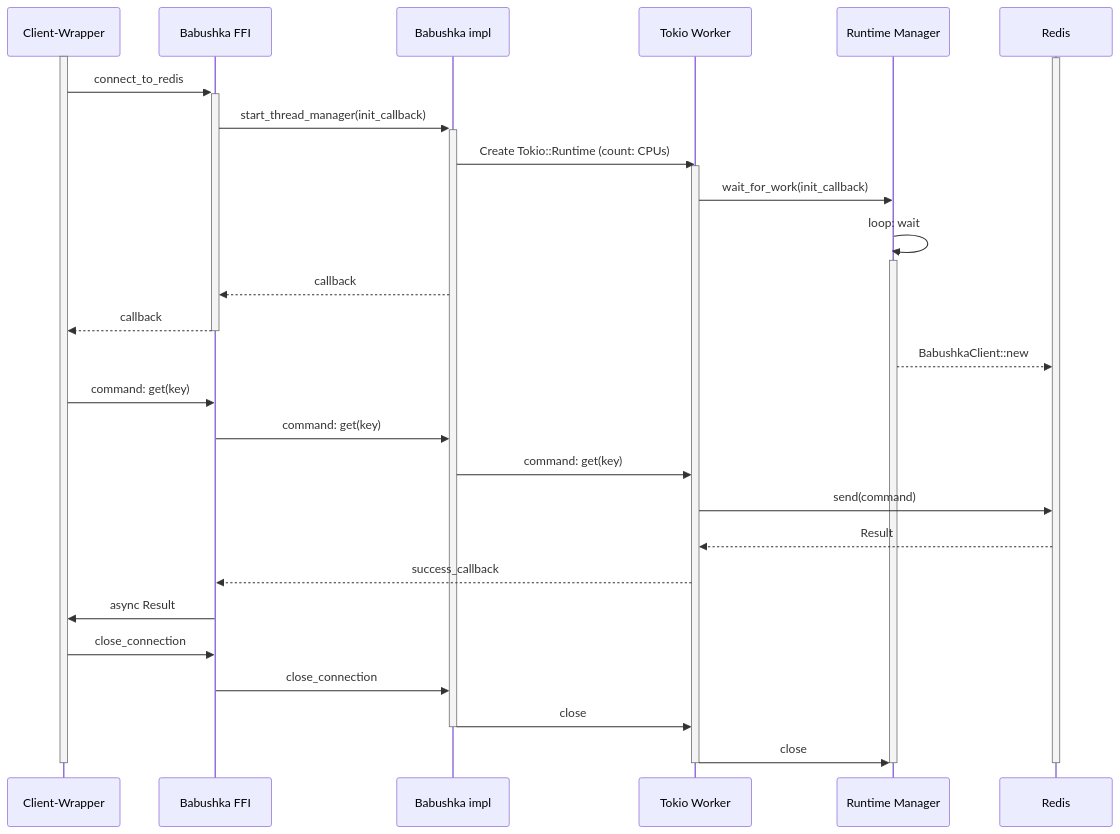
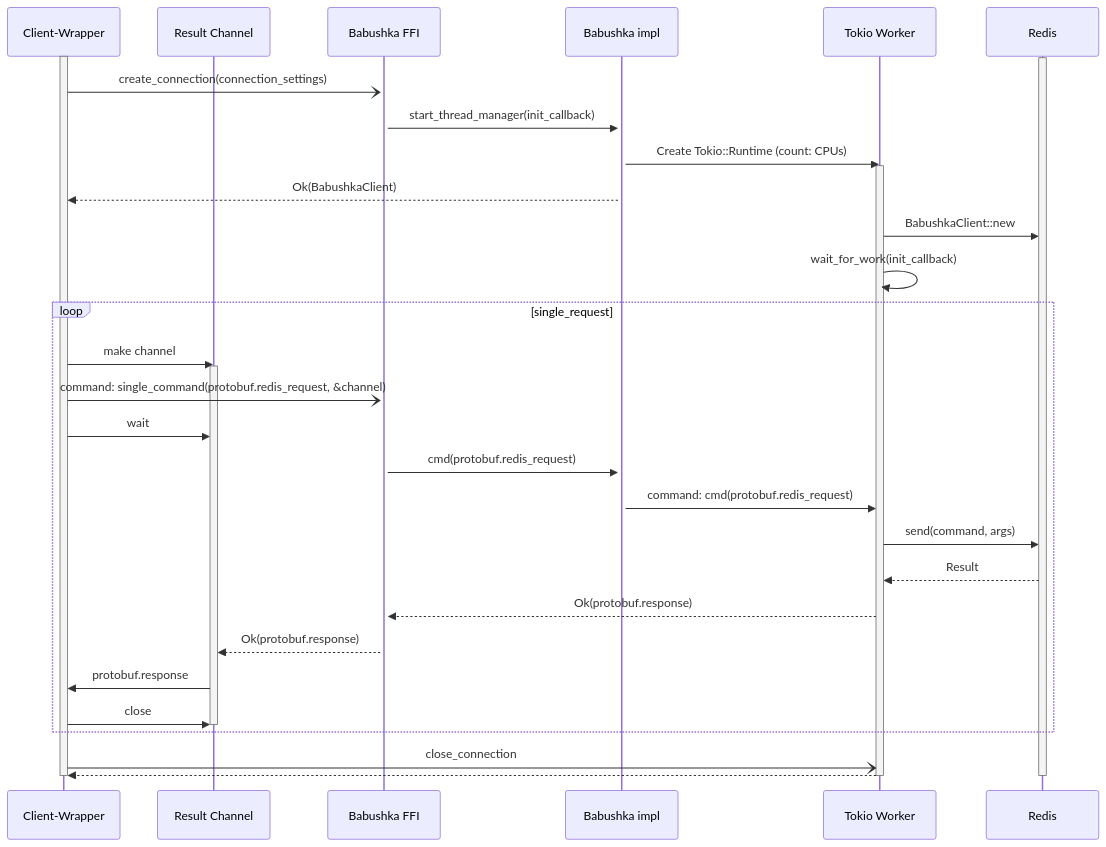
Before and after one commit to Bit-Quill/valkey-glide: the fourth of 4 diagrams in docs/design-raw-ffi.md, drawn with Mermaid. The commit also changed other lines of this file, not shown here.

````diff
--- a/docs/design-raw-ffi.md
+++ b/docs/design-raw-ffi.md
@@ -144,40 +170,42 @@
 ```mermaid
 sequenceDiagram
 
 participant Wrapper as Client-Wrapper
+participant channel as Result Channel 
 participant ffi as Babushka FFI
 participant manager as Babushka impl
 participant worker as Tokio Worker
-participant RuntimeManager as Runtime Manager
 participant Client as Redis
 
 activate Wrapper
 activate Client
-Wrapper ->>+ ffi: connect_to_redis
+Wrapper -)+ ffi: create_connection(connection_settings)
 ffi ->>+ manager: start_thread_manager(init_callback)
     manager ->> worker: Create Tokio::Runtime (count: CPUs)
         activate worker
-      worker ->> RuntimeManager: wait_for_work(init_callback)
-          RuntimeManager ->> RuntimeManager: loop: wait
-            activate RuntimeManager
-    manager -->> ffi: callback
-ffi -->>- Wrapper: callback
-      RuntimeManager -->> Client: BabushkaClient::new
+    manager -->> Wrapper: Ok(BabushkaClient)
+        worker ->> Client: BabushkaClient::new
+        worker ->> worker: wait_for_work(init_callback)
 
-Wrapper ->> ffi: command: get(key)
-    ffi ->> manager: command: get(key)
-        manager ->> worker: command: get(key)
-            worker ->> Client: send(command)
+loop single_request
+Wrapper ->> channel: make channel
+    activate channel
+Wrapper -) ffi: command: single_command(protobuf.redis_request, &channel)
+Wrapper ->> channel: wait
+    ffi ->> manager: cmd(protobuf.redis_request)
+        manager ->> worker: command: cmd(protobuf.redis_request)
+            worker ->> Client: send(command, args)
             Client -->> worker: Result
-        worker -->> ffi: success_callback
-ffi ->> Wrapper: async Result
+        worker -->> ffi: Ok(protobuf.response)
+    ffi -->> channel: Ok(protobuf.response)
+channel ->> Wrapper: protobuf.response
+Wrapper ->> channel: close
+    deactivate channel
+end
 
-Wrapper ->> ffi: close_connection
-    ffi ->> manager: close_connection
-        manager ->>- worker: close
-            worker ->>RuntimeManager: close
-                deactivate RuntimeManager
-            deactivate worker
-deactivate Wrapper
-deactivate Client
+Wrapper -) worker: close_connection
+    worker -->> Wrapper: 
+    deactivate worker
+    deactivate Wrapper
+    deactivate Client
 ```
````
